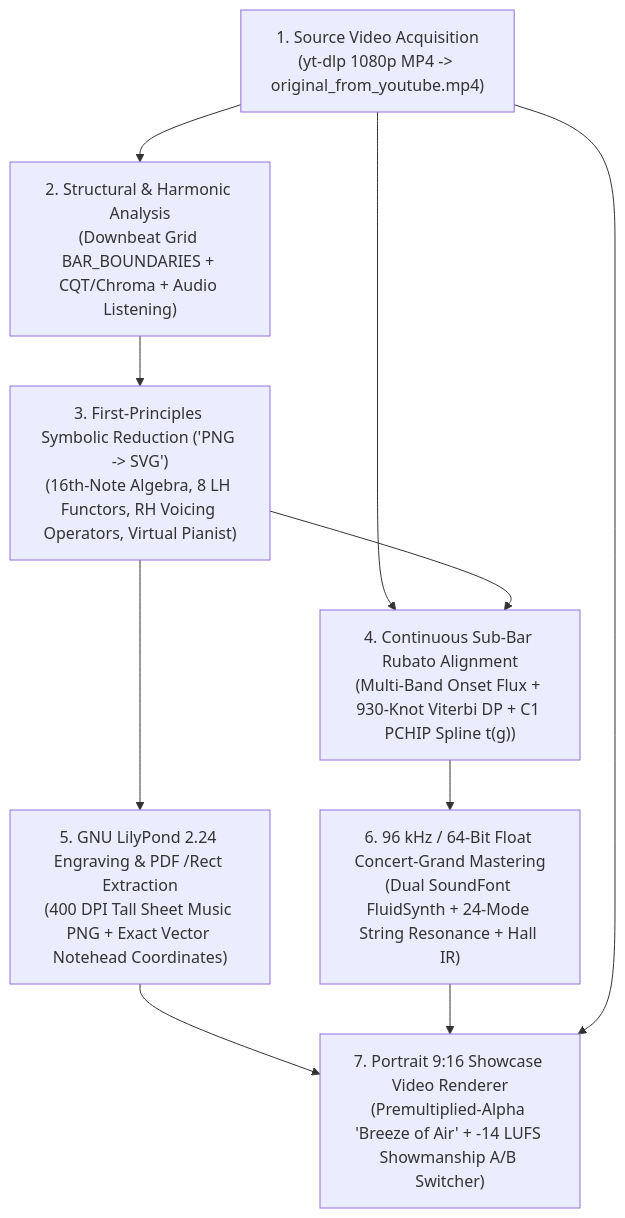
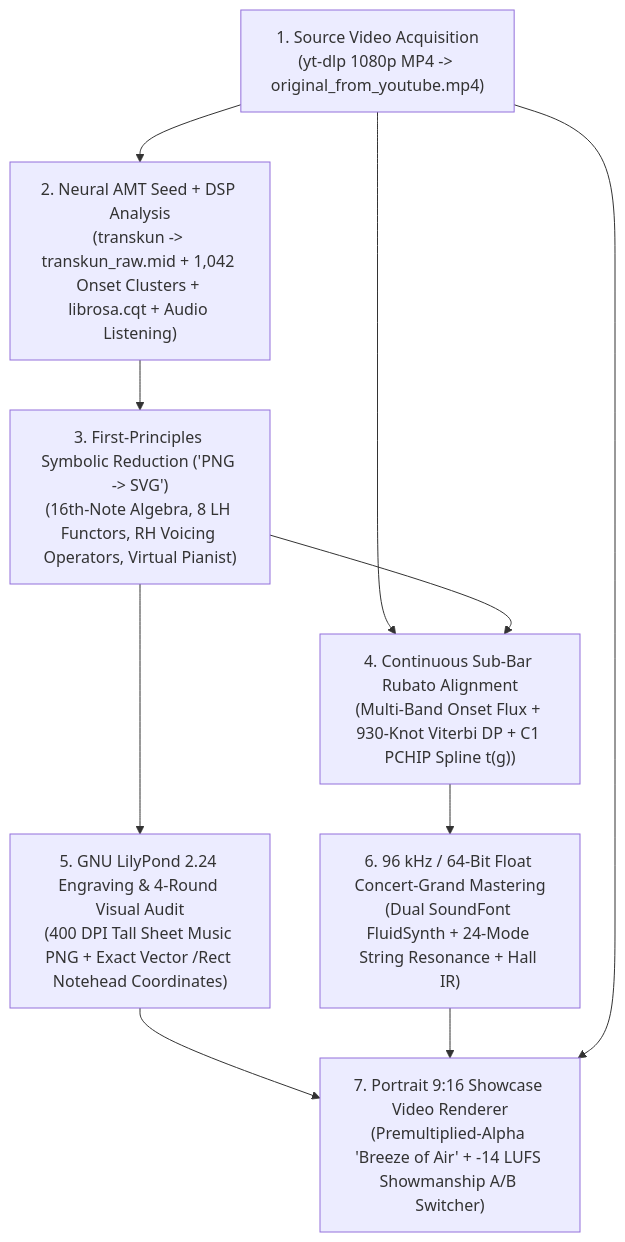
One commit to BigBIueWhale/extraordinary_piano_reduction changed the diagram in OPENROUTER_GUIDE.md. Above: the diagram before and after it, drawn with Mermaid. The commit also changed other lines of this file and 2 other files, not shown here.

Commit message:
Add TRANSCRIPTION_WORKFLOW.md with forensic step-indexed transcript audit and update OPENROUTER_GUIDE.md

````diff
--- a/OPENROUTER_GUIDE.md
+++ b/OPENROUTER_GUIDE.md
@@ -157,12 +160,12 @@
 ```mermaid
 flowchart TD
-    A["1. Source Video Acquisition\n(yt-dlp 1080p MP4 -> original_from_youtube.mp4)"] --> B["2. Structural & Harmonic Analysis\n(Downbeat Grid BAR_BOUNDARIES + CQT/Chroma + Audio Listening)"]
+    A["1. Source Video Acquisition\n(yt-dlp 1080p MP4 -> original_from_youtube.mp4)"] --> B["2. Neural AMT Seed + DSP Analysis\n(transkun -> transkun_raw.mid + 1,042 Onset Clusters + librosa.cqt + Audio Listening)"]
     B --> C["3. First-Principles Symbolic Reduction ('PNG -> SVG')\n(16th-Note Algebra, 8 LH Functors, RH Voicing Operators, Virtual Pianist)"]
     A --> D["4. Continuous Sub-Bar Rubato Alignment\n(Multi-Band Onset Flux + 930-Knot Viterbi DP + C1 PCHIP Spline t(g))"]
     C --> D
-    C --> E["5. GNU LilyPond 2.24 Engraving & PDF /Rect Extraction\n(400 DPI Tall Sheet Music PNG + Exact Vector Notehead Coordinates)"]
+    C --> E["5. GNU LilyPond 2.24 Engraving & 4-Round Visual Audit\n(400 DPI Tall Sheet Music PNG + Exact Vector /Rect Notehead Coordinates)"]
     D --> F["6. 96 kHz / 64-Bit Float Concert-Grand Mastering\n(Dual SoundFont FluidSynth + 24-Mode String Resonance + Hall IR)"]
     E --> G["7. Portrait 9:16 Showcase Video Renderer\n(Premultiplied-Alpha 'Breeze of Air' + -14 LUFS Showmanship A/B Switcher)"]
     F --> G
     A --> G
 ```
````
